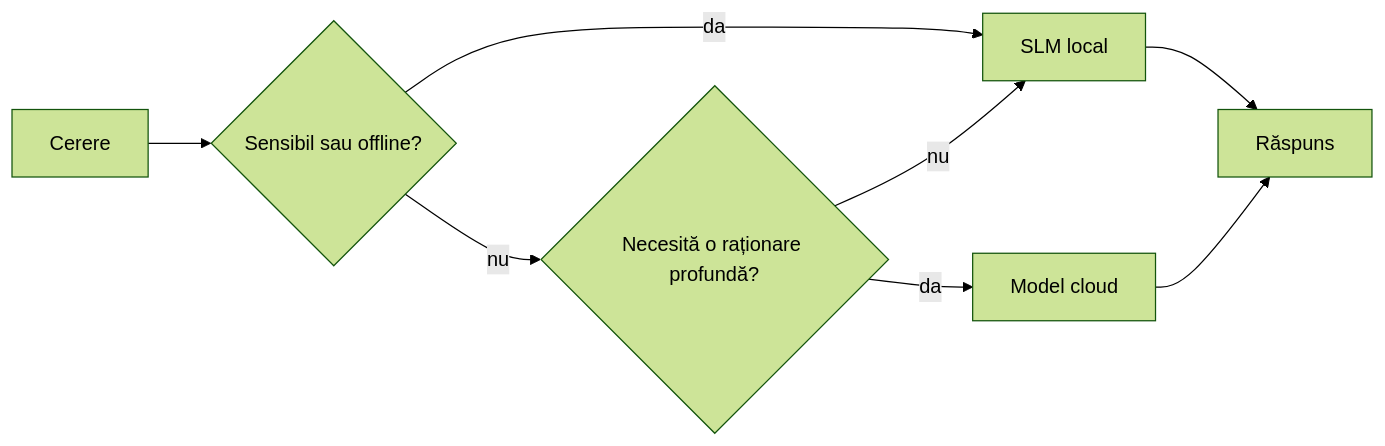
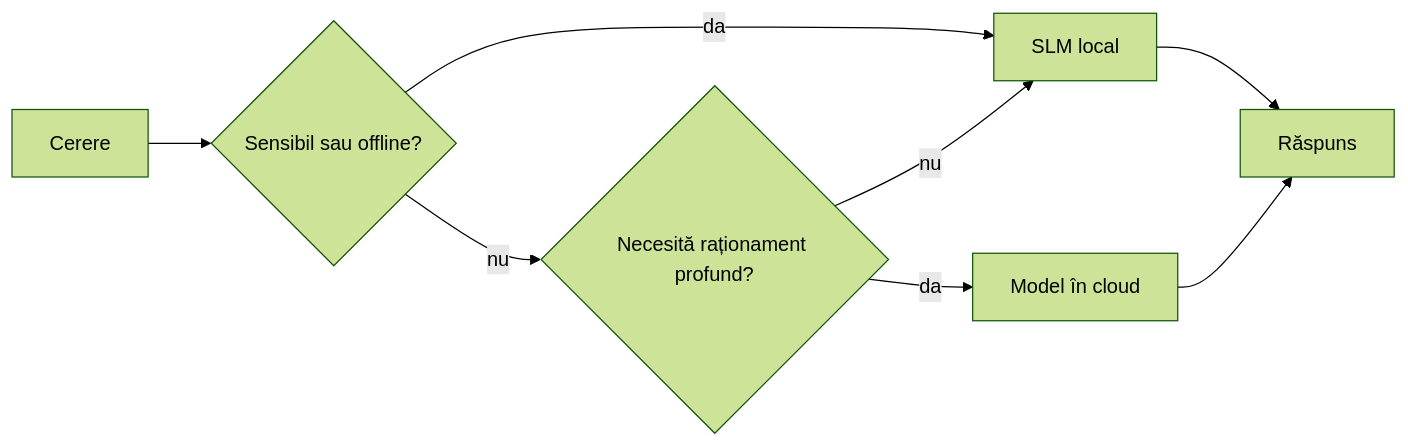
One commit to gabrielmoreira/agent-skills-mirror changed the fourth of 4 diagrams in mirrors/repos/microsoft@ai-agents-for-beginners/translations/ro/17-creating-local-ai-agents/README.md. Above: the diagram before and after it, drawn with Mermaid (forest theme). The commit also changed other lines of this file and 4262 other files, not shown here.

````diff
--- a/mirrors/repos/microsoft@ai-agents-for-beginners/translations/ro/17-creating-local-ai-agents/README.md
+++ b/mirrors/repos/microsoft@ai-agents-for-beginners/translations/ro/17-creating-local-ai-agents/README.md
@@ -156,10 +156,10 @@
 ```mermaid
 flowchart LR
     Q[Cerere] --> S{Sensibil sau offline?}
     S -->|da| L[SLM local]
-    S -->|nu| C{Necesită o raționare profundă?}
+    S -->|nu| C{Necesită raționament profund?}
     C -->|nu| L
-    C -->|da| Cloud[Model cloud]
+    C -->|da| Cloud[Model în cloud]
     L --> Out[Răspuns]
     Cloud --> Out
 ```
````
